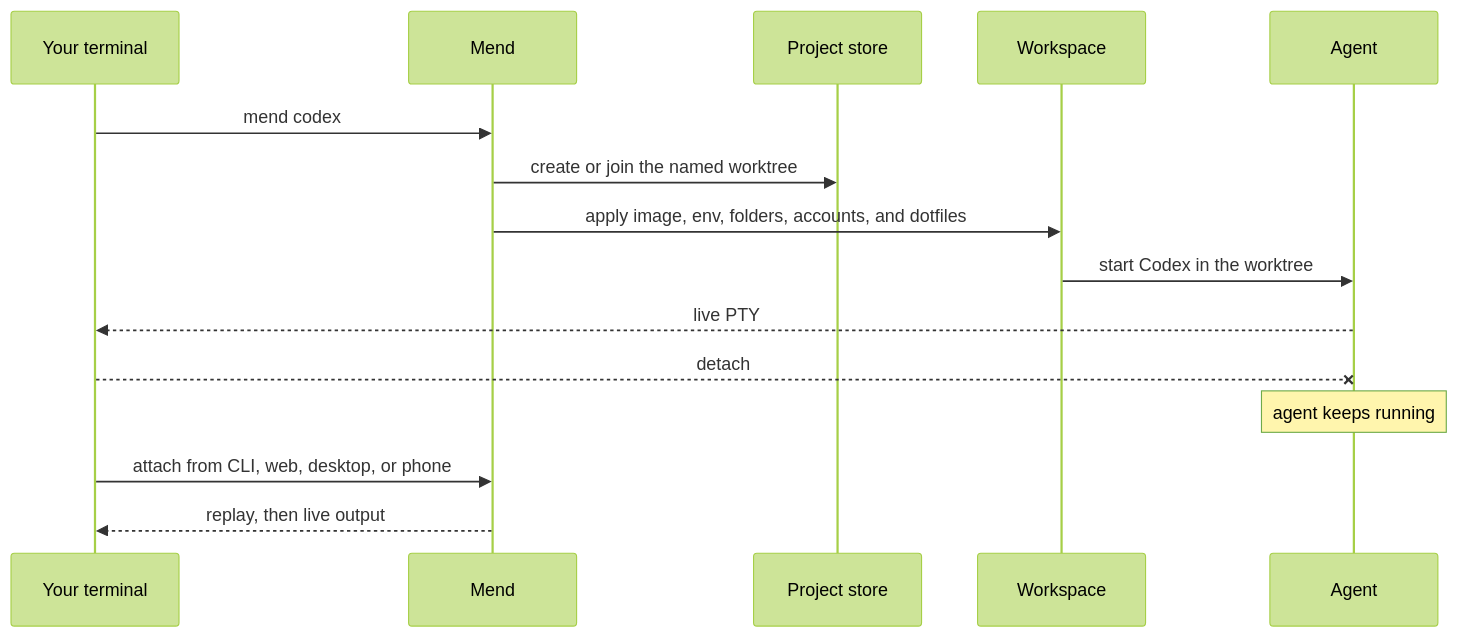
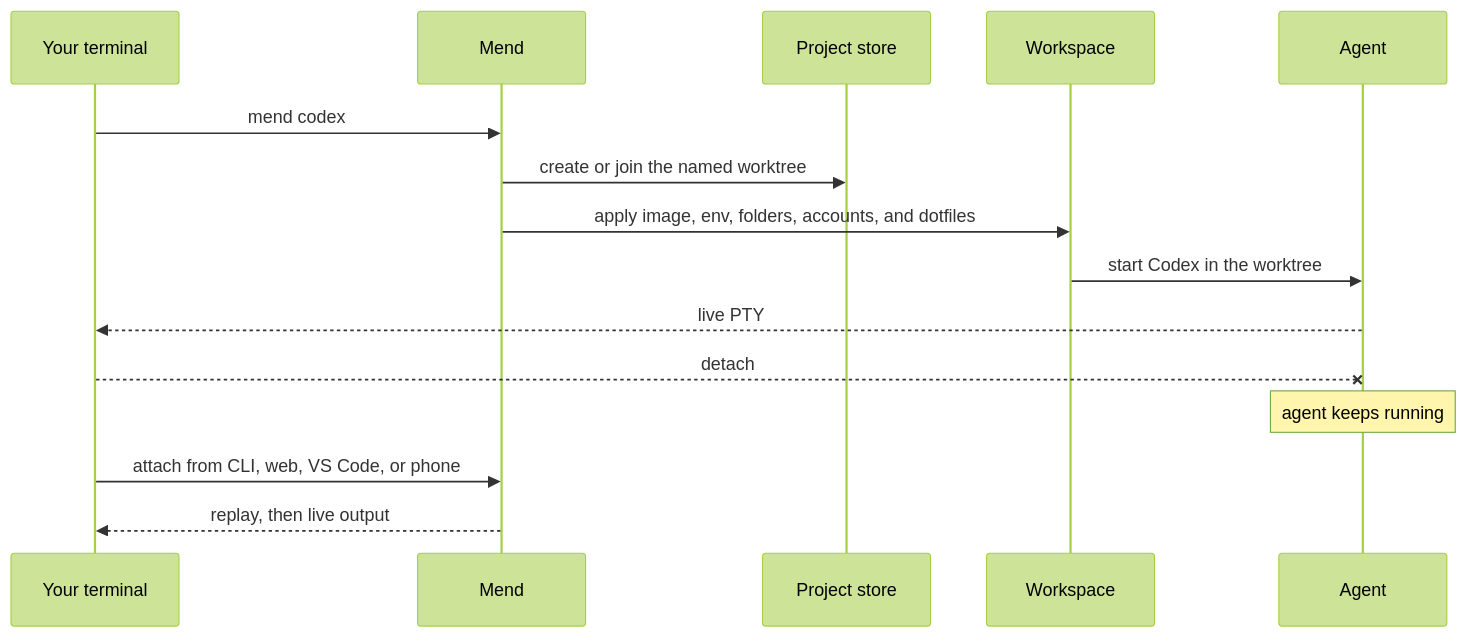
The second of 2 diagrams in apps/docs/src/content/docs/index.md (sealant-sh/mend), drawn with Mermaid (forest theme) before and after one commit. The commit also changed other lines of this file and 45 other files, not shown here.

````diff
--- a/apps/docs/src/content/docs/index.md
+++ b/apps/docs/src/content/docs/index.md
@@ -92,18 +94,18 @@
 ```mermaid
 sequenceDiagram
   participant You as Your terminal
   participant Mend
   participant Store as Project store
   participant Workspace
   participant Agent
 
   You->>Mend: mend codex
   Mend->>Store: create or join the named worktree
   Mend->>Workspace: apply image, env, folders, accounts, and dotfiles
   Workspace->>Agent: start Codex in the worktree
   Agent-->>You: live PTY
   You--xAgent: detach
   Note over Agent: agent keeps running
-  You->>Mend: attach from CLI, web, desktop, or phone
+  You->>Mend: attach from CLI, web, VS Code, or phone
   Mend-->>You: replay, then live output
 ```
````
